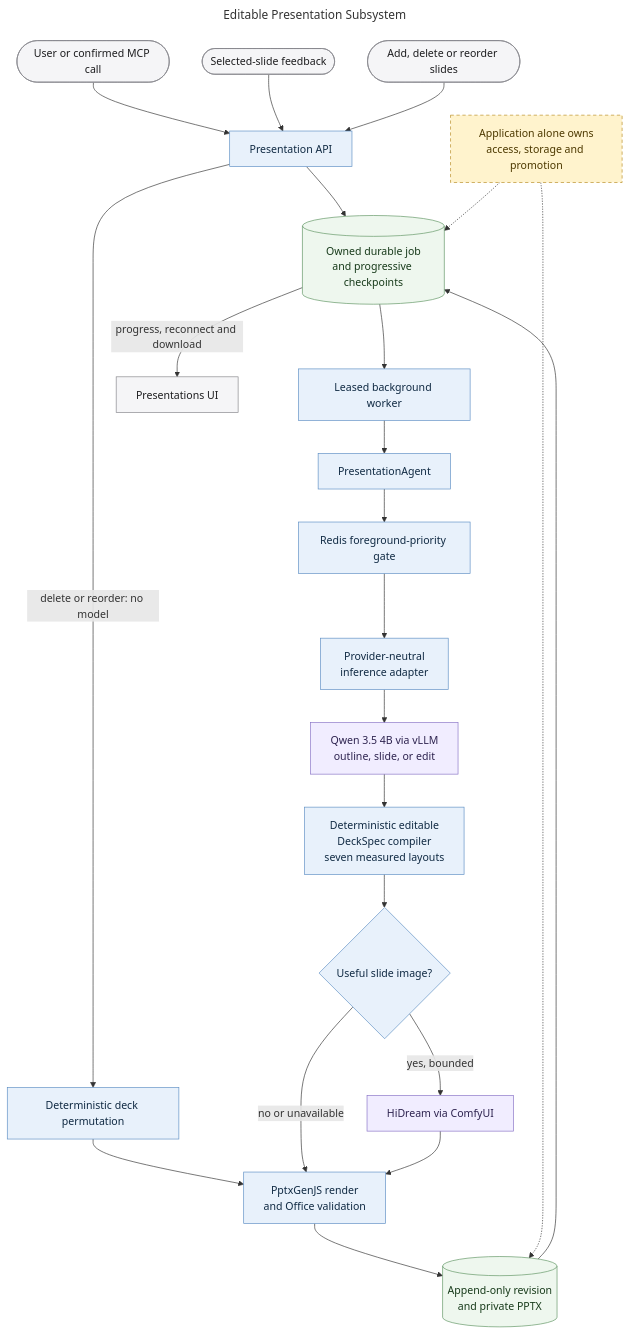
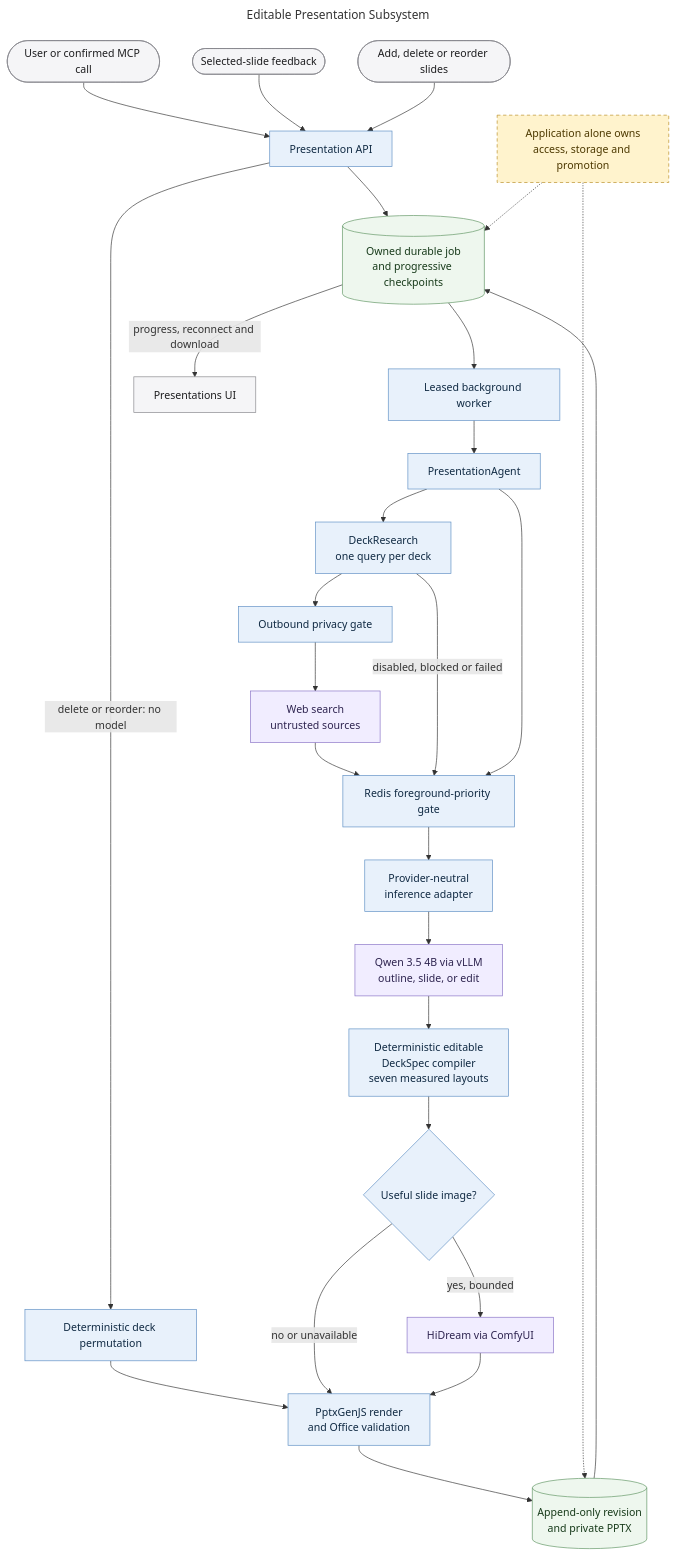
Before and after one commit to MallyaAni/PersonalAssistant: the diagram in docs/diagrams/presentation-subsystem.mmd, drawn with Mermaid. The commit also changed 19 other files, not shown here.

```diff
--- a/docs/diagrams/presentation-subsystem.mmd
+++ b/docs/diagrams/presentation-subsystem.mmd
@@ -1,38 +1,43 @@
 ---
 title: Editable Presentation Subsystem
 ---
 flowchart TB
     User([User or confirmed MCP call]) --> API[Presentation API]
     Feedback([Selected-slide feedback]) --> API
     Structure([Add, delete or reorder slides]) --> API
     API --> Job[(Owned durable job<br/>and progressive checkpoints)]
     Job --> Worker[Leased background worker]
     Worker --> Agent[PresentationAgent]
+    Agent --> Research[DeckResearch<br/>one query per deck]
+    Research --> Egress[Outbound privacy gate]
+    Egress --> Web[Web search<br/>untrusted sources]
+    Web --> Gate
+    Research -->|disabled, blocked or failed| Gate
     Agent --> Gate[Redis foreground-priority gate]
     Gate --> Inference[Provider-neutral<br/>inference adapter]
     Inference --> Qwen[Qwen 3.5 4B via vLLM<br/>outline, slide, or edit]
     Qwen --> Compiler[Deterministic editable<br/>DeckSpec compiler<br/>seven measured layouts]
     API -->|delete or reorder: no model| Permute[Deterministic deck permutation]
     Permute --> Render
     Compiler --> Visuals{Useful slide image?}
     Visuals -->|yes, bounded| HiDream[HiDream via ComfyUI]
     Visuals -->|no or unavailable| Render
     HiDream --> Render[PptxGenJS render<br/>and Office validation]
     Render --> Revision[(Append-only revision<br/>and private PPTX)]
     Revision --> Job
     Job -->|progress, reconnect and download| UI[Presentations UI]
 
     Boundary[Application alone owns<br/>access, storage and promotion]
     Boundary -.-> Job
     Boundary -.-> Revision
 
     classDef interface fill:#f5f5f7,stroke:#86868b,color:#1d1d1f;
     classDef application fill:#e8f1fb,stroke:#5e8fc4,color:#102a43;
     classDef data fill:#eef7ee,stroke:#5f9562,color:#183b1b;
     classDef external fill:#f1edff,stroke:#8872c6,color:#2e2450;
     classDef warning fill:#fff3cd,stroke:#b78b20,color:#4d3900,stroke-dasharray:5 4;
     class User,UI,Feedback,Structure interface;
-    class API,Worker,Agent,Gate,Inference,Compiler,Permute,Visuals,Render application;
+    class API,Worker,Agent,Gate,Inference,Compiler,Permute,Visuals,Render,Research,Egress application;
     class Job,Revision data;
-    class Qwen,HiDream external;
+    class Qwen,HiDream,Web external;
     class Boundary warning;
```
